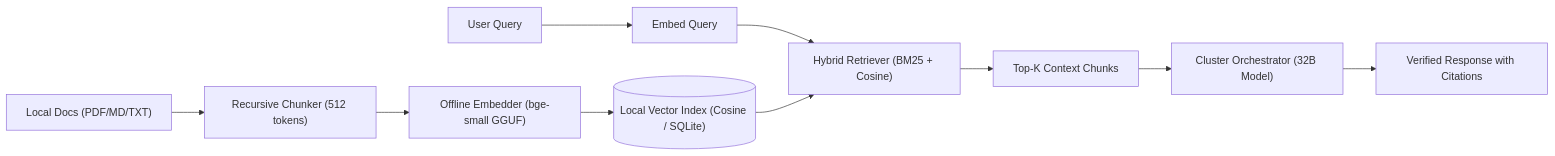
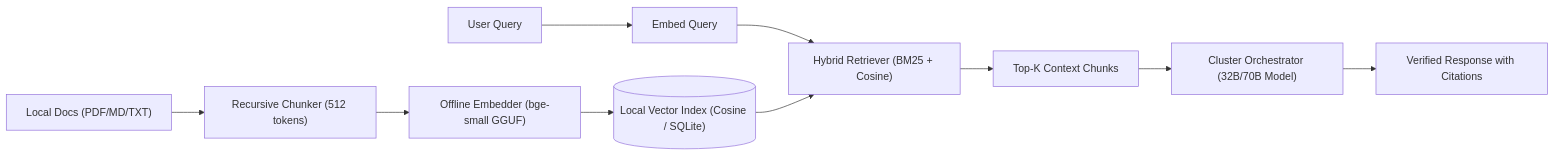
The first of 2 diagrams in ROADMAP.md (r0bledas/Offline-AI-Cluster), drawn with Mermaid before and after one commit. The commit also changed other lines of this file and 5 other files, not shown here.

````diff
--- a/ROADMAP.md
+++ b/ROADMAP.md
@@ -57,13 +57,13 @@
 ```mermaid
 flowchart LR
     Docs["Local Docs (PDF/MD/TXT)"] --> Chunker["Recursive Chunker (512 tokens)"]
     Chunker --> Embedder["Offline Embedder (bge-small GGUF)"]
     Embedder --> VDB[("Local Vector Index (Cosine / SQLite)")]
     
     UserQuery["User Query"] --> EmbedderQuery["Embed Query"]
     EmbedderQuery --> Retriever["Hybrid Retriever (BM25 + Cosine)"]
     VDB --> Retriever
     Retriever --> Context["Top-K Context Chunks"]
-    Context --> Orchestrator["Cluster Orchestrator (32B Model)"]
+    Context --> Orchestrator["Cluster Orchestrator (32B/70B Model)"]
     Orchestrator --> Answer["Verified Response with Citations"]
 ```
````
